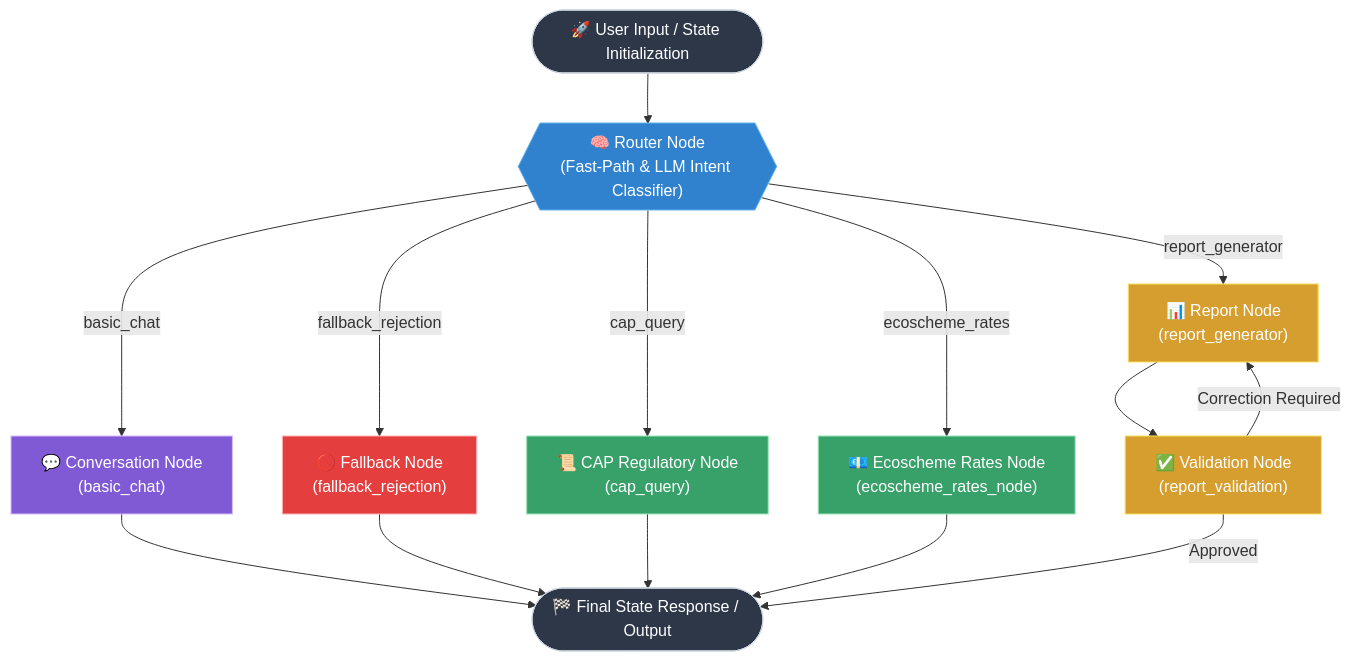
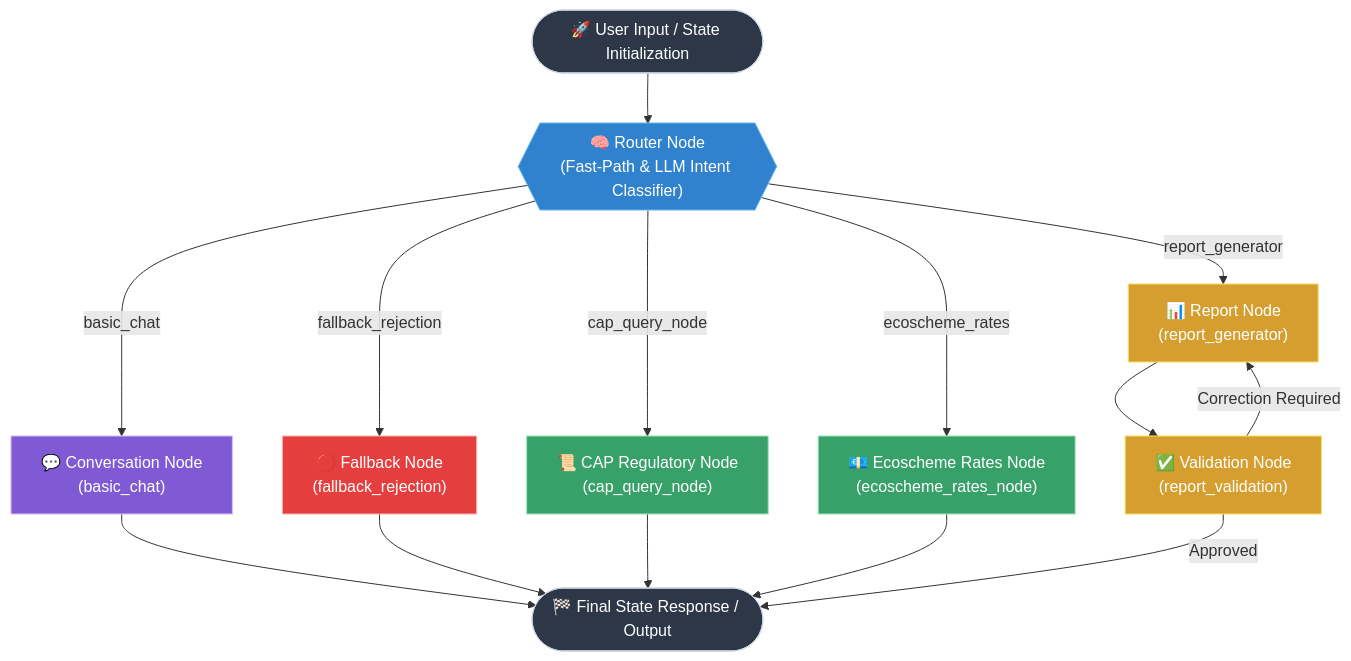
One commit to KhaosResearch/AgrIA changed the diagram in README.md. Above: the diagram before and after it, drawn with Mermaid. The commit also changed 1 other file, not shown here.

Commit message:
docs: update READMEs

````diff
--- a/README.md
+++ b/README.md
@@ -145,47 +145,47 @@
 ```mermaid
 graph TD
     %% Node Definitions
     START([🚀 User Input / State Initialization])
     ROUTER{{"🧠 Router Node<br/>(Fast-Path & LLM Intent Classifier)"}}
     
     CONV["💬 Conversation Node<br/>(basic_chat)"]
     FALLBACK["🚫 Fallback Node<br/>(fallback_rejection)"]
-    CAP["📜 CAP Regulatory Node<br/>(cap_query)"]
+    CAP["📜 CAP Regulatory Node<br/>(cap_query_node)"]
     RATES["💶 Ecoscheme Rates Node<br/>(ecoscheme_rates_node)"]
     REPORT["📊 Report Node<br/>(report_generator)"]
     VALIDATION["✅ Validation Node<br/>(report_validation)"]
     
     END([🏁 Final State Response / Output])
 
     %% Flow Connections
     START --> ROUTER
 
     %% Router Branching
     ROUTER -- "basic_chat" --> CONV
     ROUTER -- "fallback_rejection" --> FALLBACK
-    ROUTER -- "cap_query" --> CAP
+    ROUTER -- "cap_query_node" --> CAP
     ROUTER -- "ecoscheme_rates" --> RATES
     ROUTER -- "report_generator" --> REPORT
 
     %% Node Execution Outputs
     CONV --> END
     FALLBACK --> END
     CAP --> END
     RATES --> END
 
     %% Validation Loop Sub-Graph
     REPORT --> VALIDATION
     VALIDATION -- "Approved" --> END
     VALIDATION -- "Correction Required" --> REPORT
 
     %% Styling
     style START fill:#2d3748,stroke:#cbd5e0,color:#fff
     style END fill:#2d3748,stroke:#cbd5e0,color:#fff
     style ROUTER fill:#3182ce,stroke:#63b3ed,color:#fff
     style REPORT fill:#d69e2e,stroke:#f6e05e,color:#fff
     style VALIDATION fill:#d69e2e,stroke:#f6e05e,color:#fff
     style CAP fill:#38a169,stroke:#9ae6b4,color:#fff
     style RATES fill:#38a169,stroke:#9ae6b4,color:#fff
     style CONV fill:#805ad5,stroke:#d6bcfa,color:#fff
     style FALLBACK fill:#e53e3e,stroke:#feb2b2,color:#fff
 ```
````
